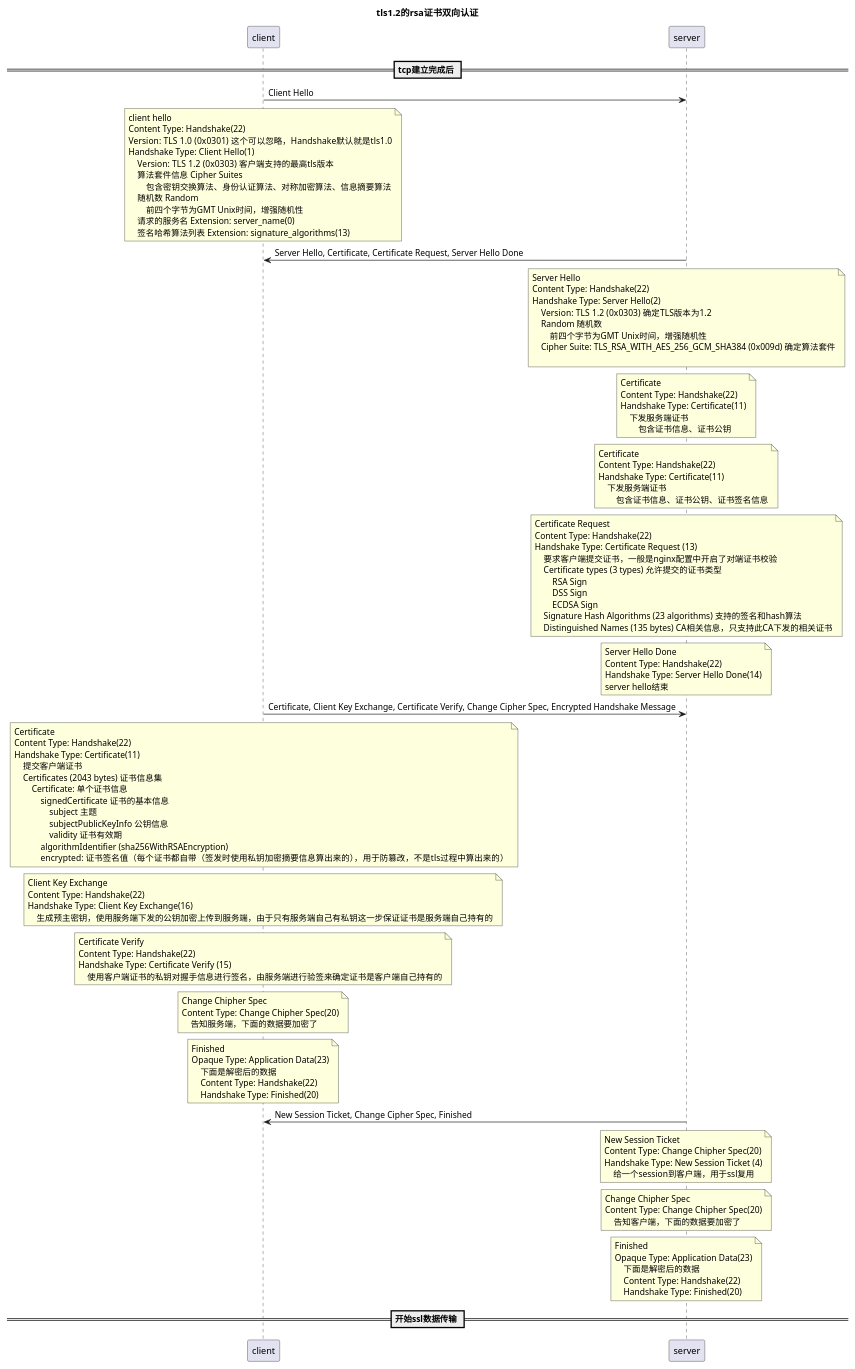
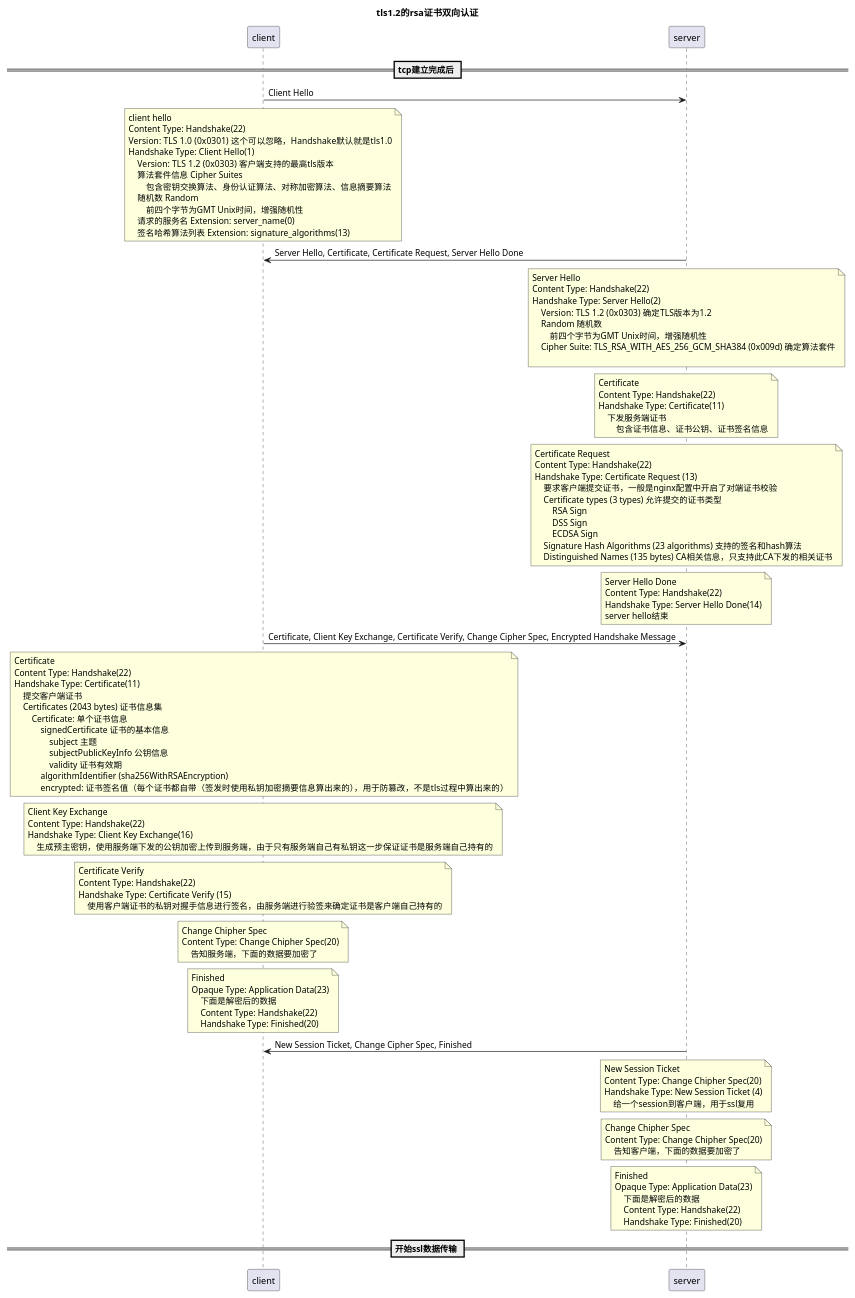
Before and after one commit to Githubwyb/hexo_blogPages: the fourth of 5 diagrams in source/_posts/2021-07-28-openssl.md, drawn with PlantUML. The commit also changed other lines of this file and 27 other files, not shown here.

```diff
--- a/source/_posts/2021-07-28-openssl.md
+++ b/source/_posts/2021-07-28-openssl.md
@@ -1753,13 +1753,6 @@
         前四个字节为GMT Unix时间，增强随机性
     Cipher Suite: TLS_RSA_WITH_AES_256_GCM_SHA384 (0x009d) 确定算法套件
 
-end note
-note over server
-Certificate
-Content Type: Handshake(22)
-Handshake Type: Certificate(11)
-    下发服务端证书
-        包含证书信息、证书公钥
 end note
 note over server
 Certificate
```
